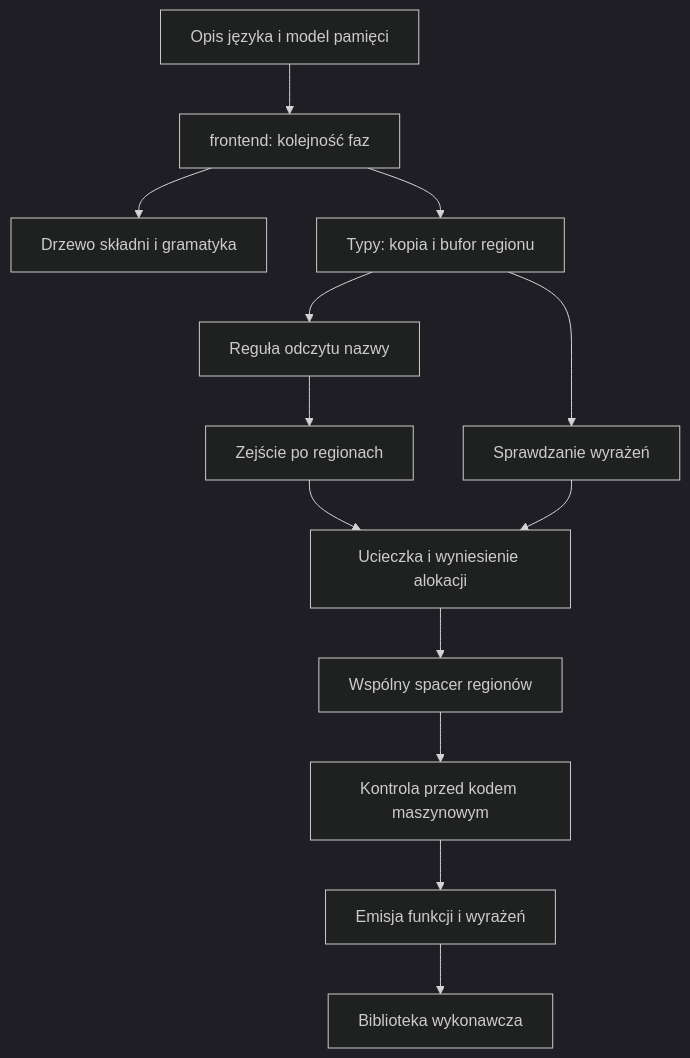
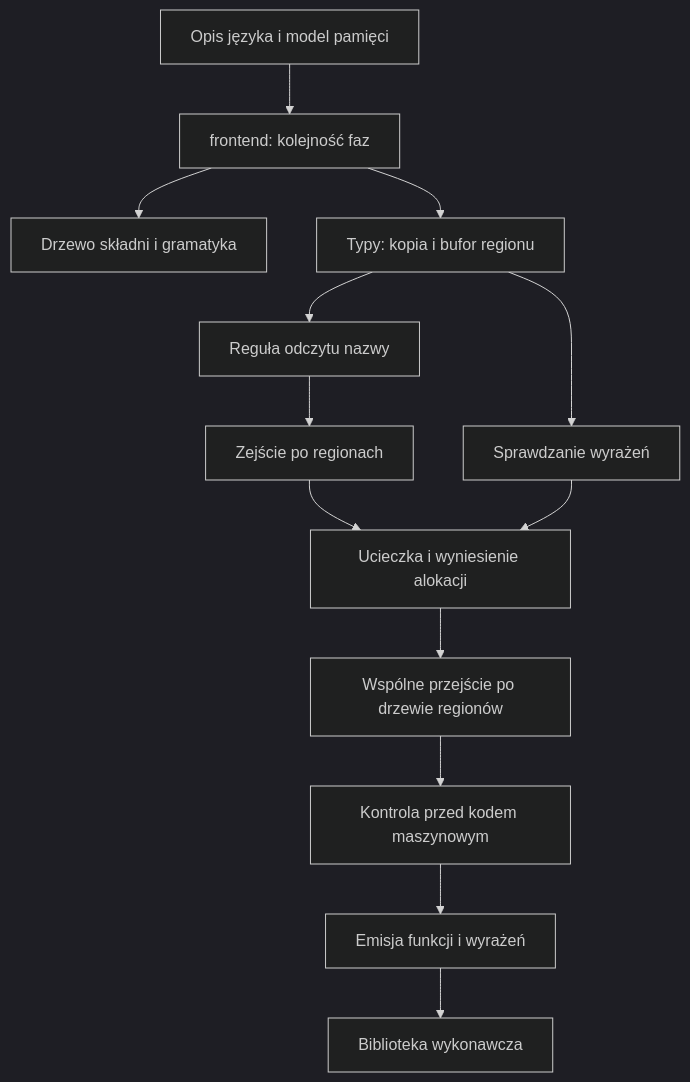
One commit to andrzejwitkowski/Bork changed the diagram in docs/book/20-mapa.md. Above: the diagram before and after it, drawn with Mermaid (dark theme). The commit also changed other lines of this file and 24 other files, not shown here.

````diff
--- a/docs/book/20-mapa.md
+++ b/docs/book/20-mapa.md
@@ -45,15 +45,15 @@
 ```mermaid
 flowchart TD
     docs["Opis języka i model pamięci"] --> fe["frontend: kolejność faz"]
     fe --> ast["Drzewo składni i gramatyka"]
     fe --> ty["Typy: kopia i bufor regionu"]
     ty --> policy["Reguła odczytu nazwy"]
     policy --> walk["Zejście po regionach"]
     ty --> tcx["Sprawdzanie wyrażeń"]
     walk --> esc["Ucieczka i wyniesienie alokacji"]
     tcx --> esc
-    esc --> rw["Wspólny spacer regionów"]
+    esc --> rw["Wspólne przejście po drzewie regionów"]
     rw --> gate["Kontrola przed kodem maszynowym"]
     gate --> llvm["Emisja funkcji i wyrażeń"]
     llvm --> rt["Biblioteka wykonawcza"]
 ```
````
